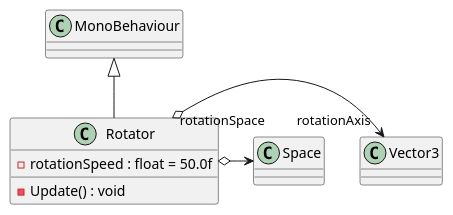
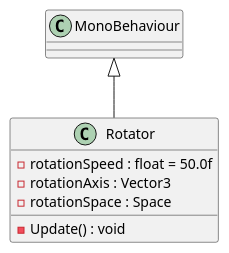
Before and after one commit to RadicalReptile/ToadRunnerStudy: the diagram in UML/Assets/Scripts/Rotator.puml, drawn with PlantUML. The commit also changed 15 other files, not shown here.

Commit message:
Generate UML (Generate UML)

```diff
--- a/UML/Assets/Scripts/Rotator.puml
+++ b/UML/Assets/Scripts/Rotator.puml
@@ -1,9 +1,9 @@
 @startuml
 class Rotator {
     - rotationSpeed : float = 50.0f
+    - rotationAxis : Vector3
+    - rotationSpace : Space
     - Update() : void
 }
 MonoBehaviour <|-- Rotator
-Rotator o-> "rotationAxis" Vector3
-Rotator o-> "rotationSpace" Space
 @enduml
```
